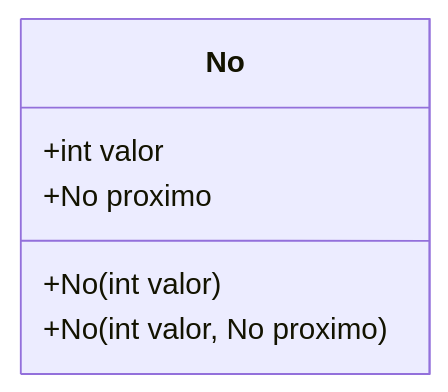
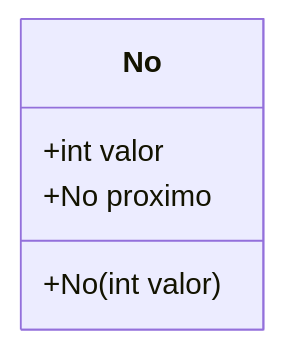
One commit to murilolol/unifef changed diagram 14 of 27 in 4º Semestre/[Prof. Wesley Soares] Estrutura de Dados I/Resumos-IA/Caderno-Consolidado.md. Above: the diagram before and after it, drawn with Mermaid. The commit also changed other lines of this file and 40 other files, not shown here.

````diff
--- a/4º Semestre/[Prof. Wesley Soares] Estrutura de Dados I/Resumos-IA/Caderno-Consolidado.md
+++ b/4º Semestre/[Prof. Wesley Soares] Estrutura de Dados I/Resumos-IA/Caderno-Consolidado.md
@@ -556,9 +669,8 @@
 ```mermaid
 classDiagram
     class No {
         +int valor
         +No proximo
         +No(int valor)
-        +No(int valor, No proximo)
     }
 ```
````
